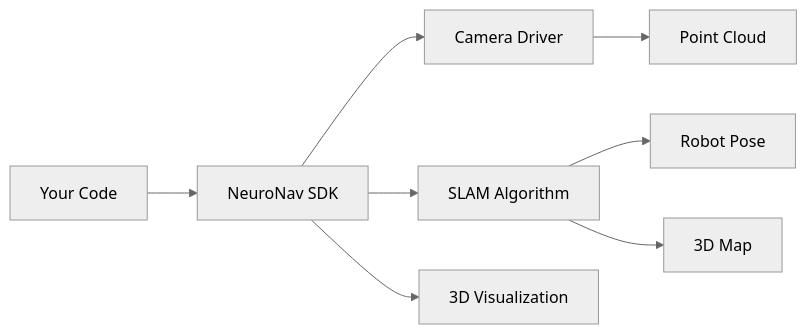
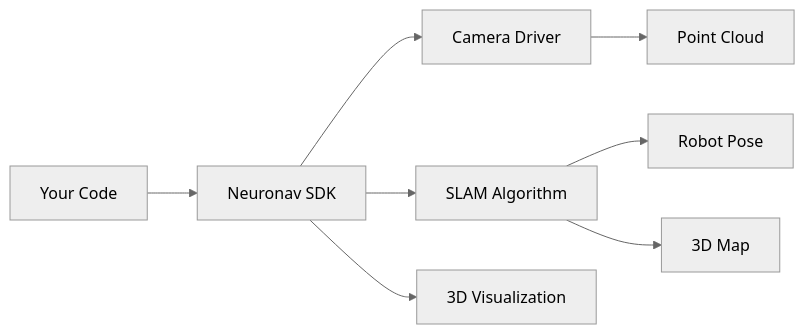
One commit to eld4niz/mintlify-docs changed the diagram in getting-started/introduction.mdx. Above: the diagram before and after it, drawn with Mermaid (neutral theme). The commit also changed other lines of this file and 5 other files, not shown here.

Commit message:
Change NeuroNav to Neuronav throughout documentation

````diff
--- a/getting-started/introduction.mdx
+++ b/getting-started/introduction.mdx
@@ -51,11 +51,11 @@
 ```mermaid
 graph LR
-    A[Your Code] --> B[NeuroNav SDK]
+    A[Your Code] --> B[Neuronav SDK]
     B --> C[Camera Driver]
     B --> D[SLAM Algorithm]
     B --> E[3D Visualization]
 
     C --> F[Point Cloud]
     D --> G[Robot Pose]
     D --> H[3D Map]
 ```
````
